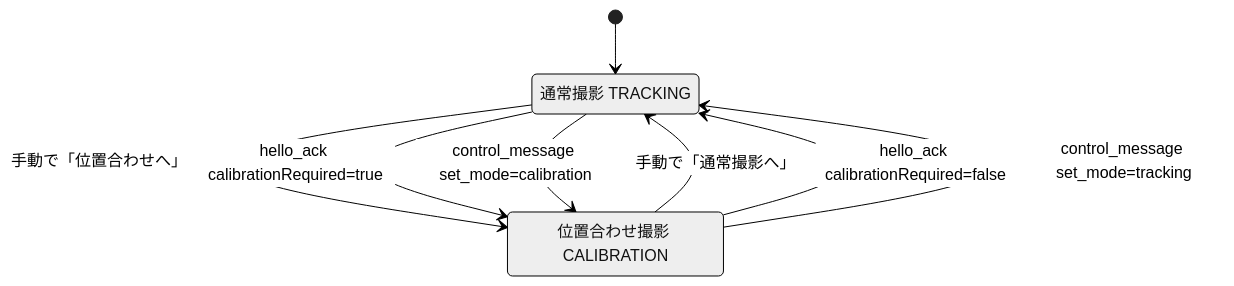
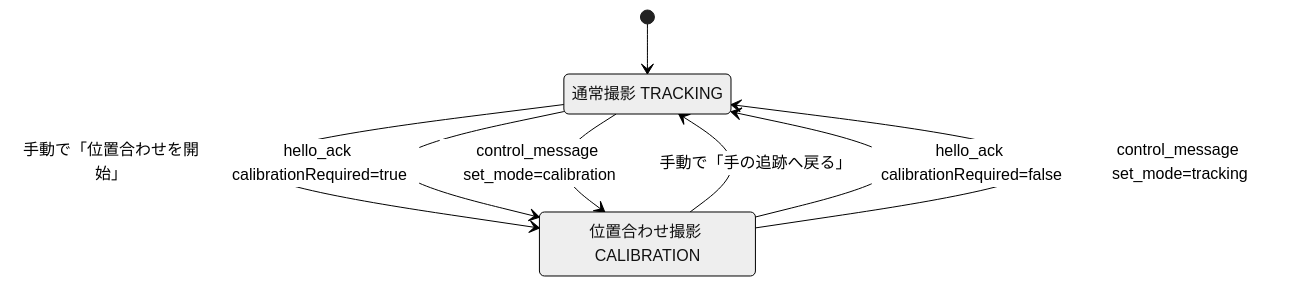
Before and after one commit to KIT-DevelopersHub/screact: the fifth of 17 diagrams in docs/android-current-spec.md, drawn with Mermaid (neutral theme). The commit also changed other lines of this file and 7 other files, not shown here.

````diff
--- a/docs/android-current-spec.md
+++ b/docs/android-current-spec.md
@@ -201,13 +201,13 @@
 ```mermaid
 stateDiagram-v2
     [*] --> TRACKING
     state "通常撮影 TRACKING" as TRACKING
     state "位置合わせ撮影 CALIBRATION" as CALIBRATION
 
-    TRACKING --> CALIBRATION: 手動で「位置合わせへ」
-    CALIBRATION --> TRACKING: 手動で「通常撮影へ」
+    TRACKING --> CALIBRATION: 手動で「位置合わせを開始」
+    CALIBRATION --> TRACKING: 手動で「手の追跡へ戻る」
     TRACKING --> CALIBRATION: hello_ack calibrationRequired=true
     CALIBRATION --> TRACKING: hello_ack calibrationRequired=false
     TRACKING --> CALIBRATION: control_message set_mode=calibration
     CALIBRATION --> TRACKING: control_message set_mode=tracking
 ```
````
